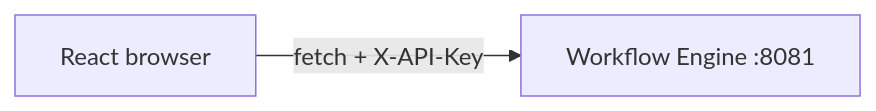
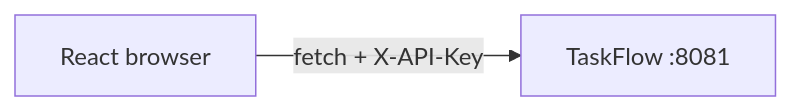
Before and after one commit to mortenaho/WorkFlowEngine: the fourth of 6 diagrams in docs/architecture.md, drawn with Mermaid. The commit also changed other lines of this file and 182 other files, not shown here.

Commit message:
Refactor project structure and rename WorkflowEngine to TaskFlow. Update Dockerfile, README, and documentation to reflect the new naming conventions and project organization. Remove obsolete application components and enhance examples for clarity in usage scenarios.

````diff
--- a/docs/architecture.md
+++ b/docs/architecture.md
@@ -248,6 +274,6 @@
 ```mermaid
 flowchart LR
   react[React browser]
-  engine[Workflow Engine :8081]
+  engine[TaskFlow :8081]
   react -->|"fetch + X-API-Key"| engine
 ```
````
